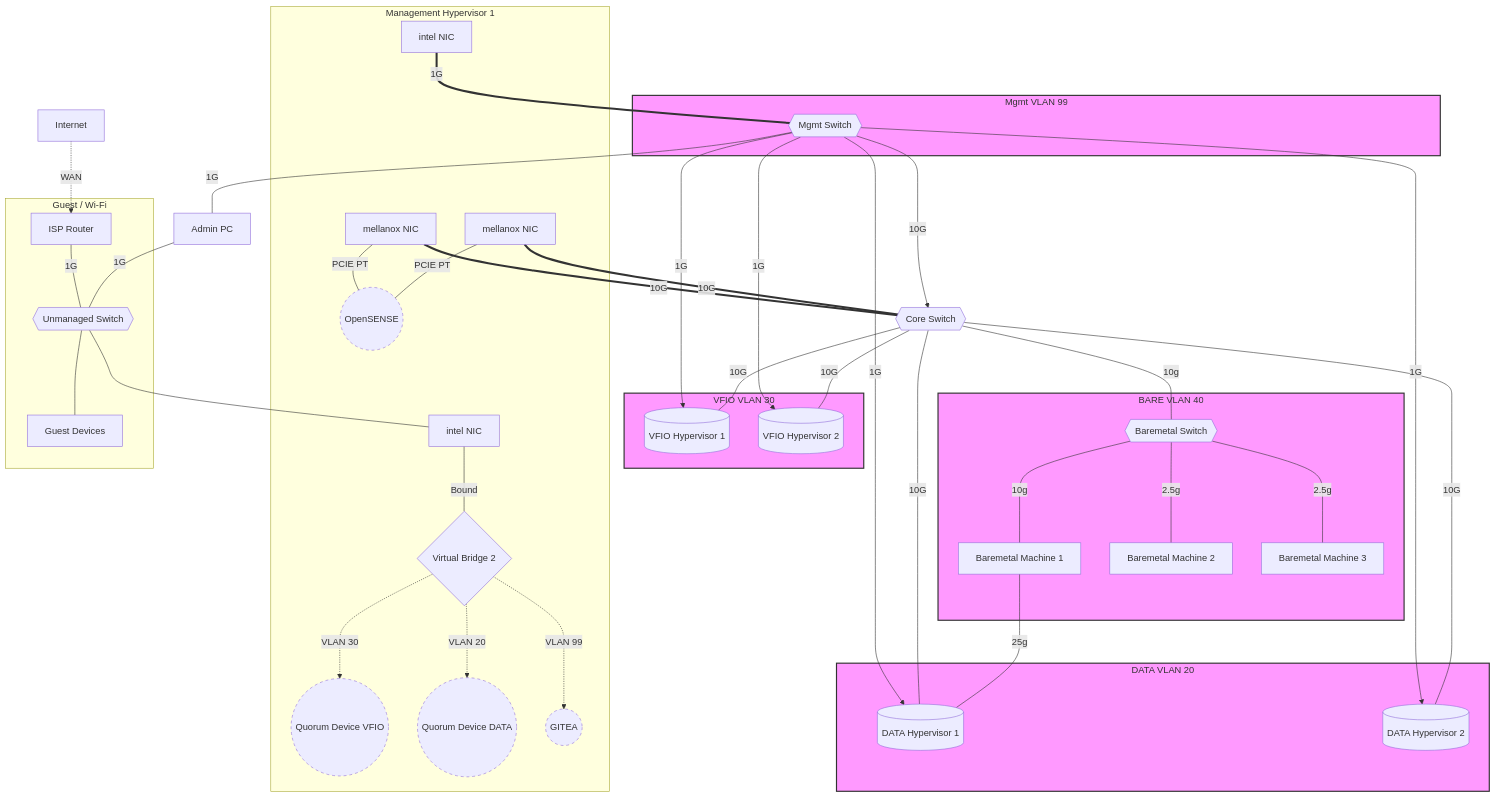
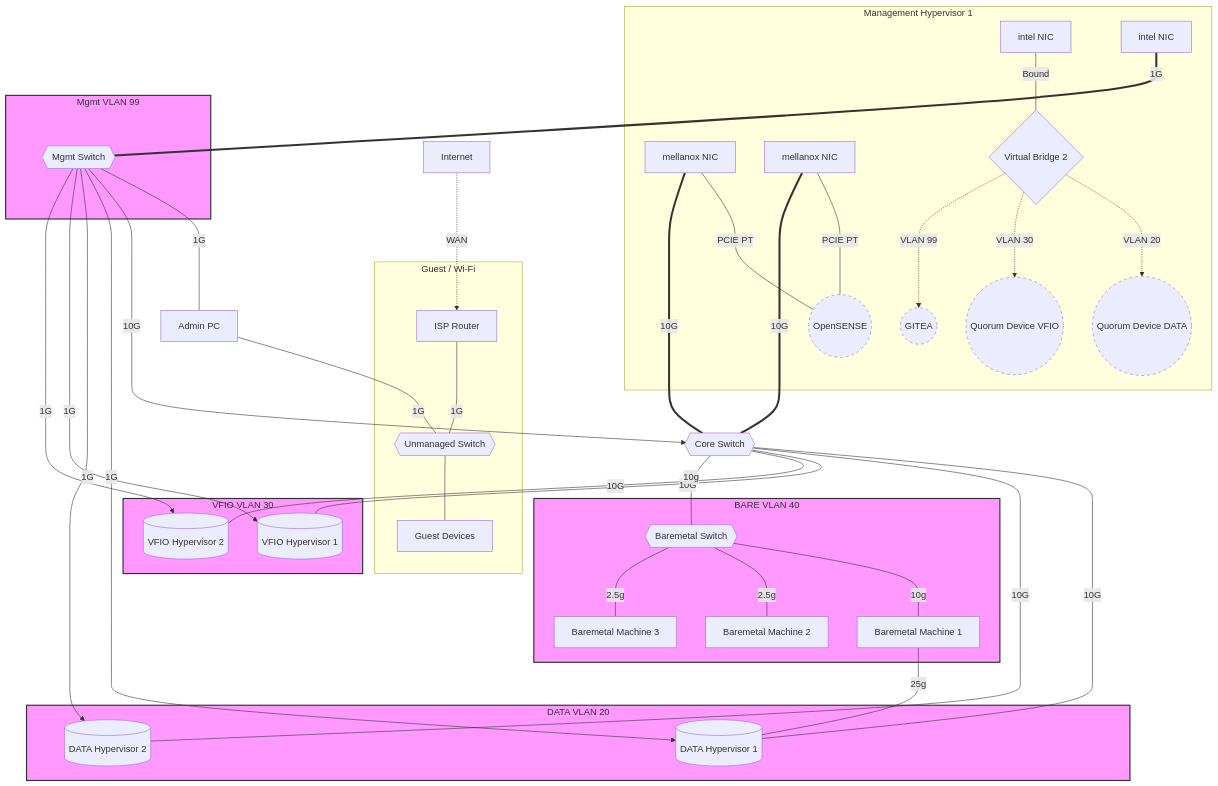
One commit to woeiru/lab changed the diagram in alp/netop.md. Above: the diagram before and after it, drawn with Mermaid. The commit also changed 1 other file, not shown here.

Commit message:
alp/netop.md: remove redundant MH1NIC1 connection and add swap file (accidental)

````diff
--- a/alp/netop.md
+++ b/alp/netop.md
@@ -3,78 +3,77 @@
 ```mermaid
 graph TD
     subgraph MH1[Management Hypervisor 1]
         MH1NIC1[intel NIC]
         MH1NIC2[intel NIC]
         MH1NIC3[mellanox NIC]
         MH1NIC4[mellanox NIC]
         MH1NIC3 ---|"PCIE PT"| OPN
         MH1NIC4 ---|"PCIE PT"| OPN
         VB2{Virtual Bridge 2}
         MH1NIC1 ---|"Bound"| VB2
         OPN((OpenSENSE))
         QDV((Quorum Device VFIO))
         QDD((Quorum Device DATA))
         GIT((GITEA))
     end
 
     INT[Internet] -.-> |WAN| ISPR[ISP Router]
     ISPR --- |"1G"| US{{Unmanaged Switch}}
-    US --- MH1NIC1
     US --- GD[Guest Devices]
 
     MS{{Mgmt Switch}} ---|"1G"| APC[Admin PC]
     APC ---|"1G"| US
 
     MH1NIC2 ===|"1G"| MS
     MH1NIC3 ===|"10G"| CS{{Core Switch}}
     MH1NIC4 ===|"10G"| CS{{Core Switch}}
 
     MS --->|"10G"| CS
     MS --->|"1G"| DH1
     MS --->|"1G"| DH2
     MS --->|"1G"| VH1
     MS --->|"1G"| VH2
 
     CS ---|"10G"| DH1[(DATA Hypervisor 1)]
     CS ---|"10G"| DH2[(DATA Hypervisor 2)]
     CS ---|"10G"| VH1[(VFIO Hypervisor 1)]
     CS ---|"10G"| VH2[(VFIO Hypervisor 2)]
 
     CS ---|"10g"| BMS{{Baremetal Switch}}
     BMS ---|"10g"| BM1[Baremetal Machine 1]
     BM1 ---|"25g"| DH1
     BMS ---|"2.5g"| BM2[Baremetal Machine 2]
     BMS ---|"2.5g"| BM3[Baremetal Machine 3]
 
     subgraph VLAN20 [DATA VLAN 20]
         DH1
         DH2
     end
     subgraph VLAN30 [VFIO VLAN 30]
         VH1
         VH2
     end
     subgraph VLAN40 [BARE VLAN 40]
         BMS
         BM1 
         BM2 
         BM3 
     end
     subgraph VLAN99 [Mgmt VLAN 99]
         MS
     end
     subgraph Guest [Guest / Wi-Fi]
         ISPR
         GD
         US
     end
 
     VB2 -.->|VLAN 20| QDD
     VB2 -.->|VLAN 30| QDV
     VB2 -.->|VLAN 99| GIT
 
     classDef punctuated stroke-dasharray: 5 5;
     class GIT,QDV,QDD,OPN punctuated;
     classDef vlan fill:#f9f,stroke:#333,stroke-width:2px;
     class VLAN20,VLAN30,VLAN40,VLAN99 vlan;
 ```
````
